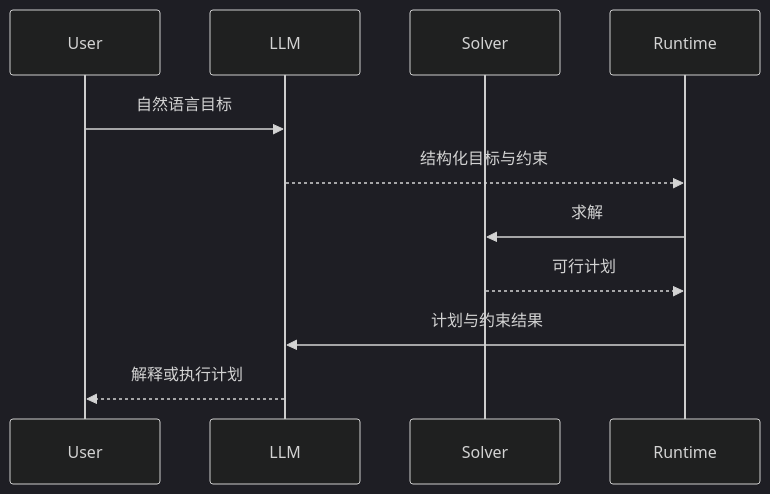
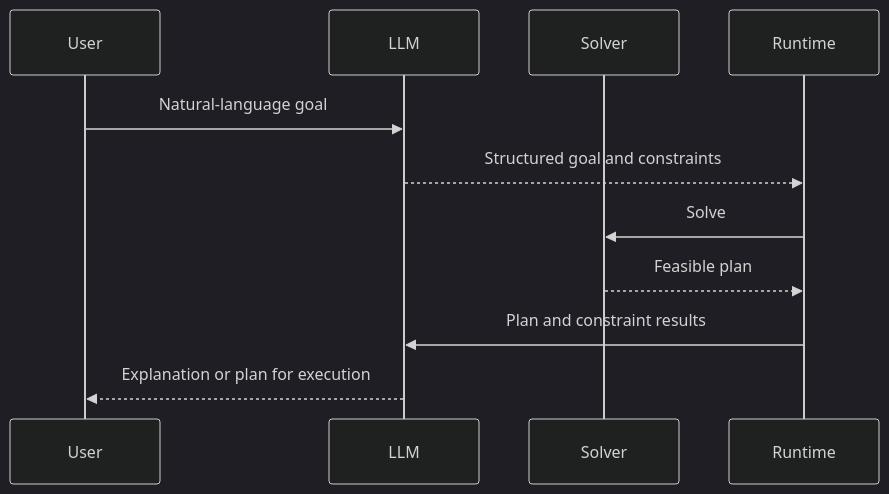
Diagram 14 of 17 in docs/agent/02-reasoning-planning/11-llm-agent-planning.md (oneleaveknowsthefall/awesome-ai-roadmap), drawn with Mermaid (dark theme) before and after one commit. The commit also changed other lines of this file and 68 other files, not shown here.

````diff
--- a/docs/agent/02-reasoning-planning/11-llm-agent-planning.md
+++ b/docs/agent/02-reasoning-planning/11-llm-agent-planning.md
@@ -695,14 +695,14 @@
 ```mermaid
 sequenceDiagram
     participant U as User
     participant M as LLM
     participant S as Solver
     participant R as Runtime
 
-    U->>M: 自然语言目标
-    M-->>R: 结构化目标与约束
-    R->>S: 求解
-    S-->>R: 可行计划
-    R->>M: 计划与约束结果
-    M-->>U: 解释或执行计划
+    U->>M: Natural-language goal
+    M-->>R: Structured goal and constraints
+    R->>S: Solve
+    S-->>R: Feasible plan
+    R->>M: Plan and constraint results
+    M-->>U: Explanation or plan for execution
 ```
````
